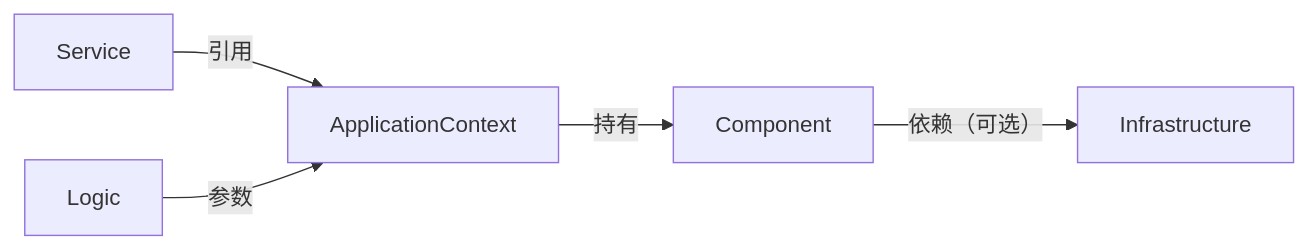
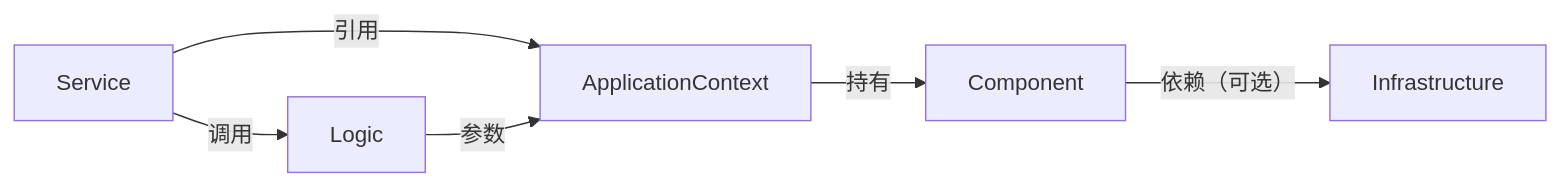
One commit to Kamijoucen/atomic-architecture-md changed the diagram in architecture.md. Above: the diagram before and after it, drawn with Mermaid.

````diff
--- a/architecture.md
+++ b/architecture.md
@@ -62,7 +62,8 @@
 ```mermaid
 flowchart LR
     service[Service] -->|引用| appctx[ApplicationContext]
+    service -->|调用| logic[Logic]
     logic[Logic] -->|参数| appctx
     appctx -->|持有| component[Component]
     component -->|依赖（可选）| infra[Infrastructure]
 ```
````
